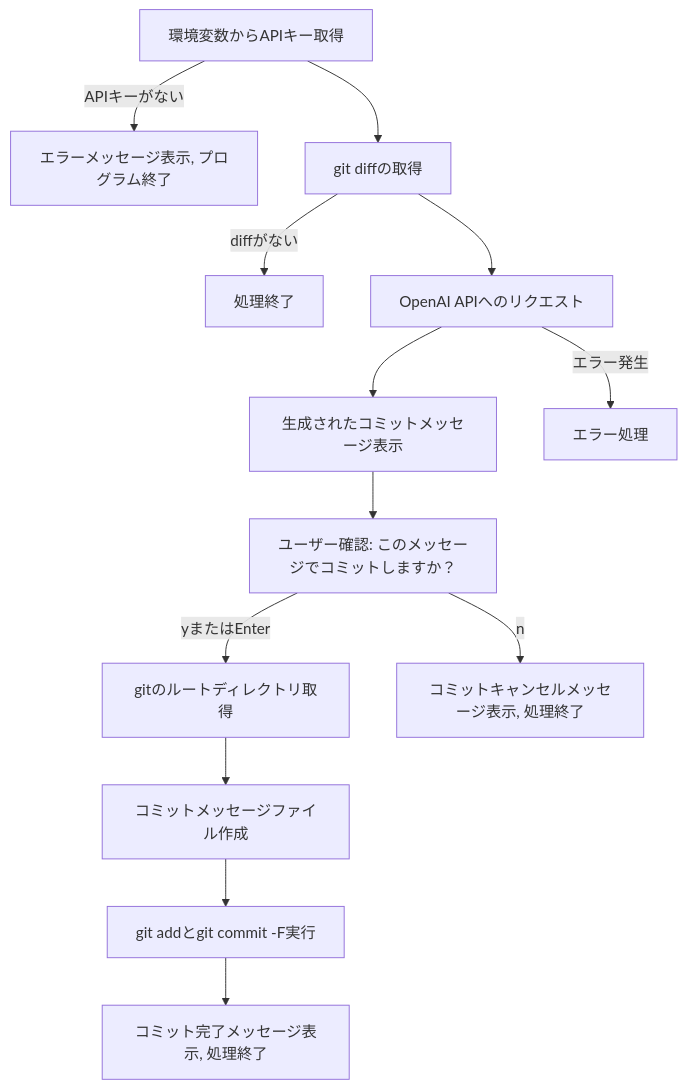
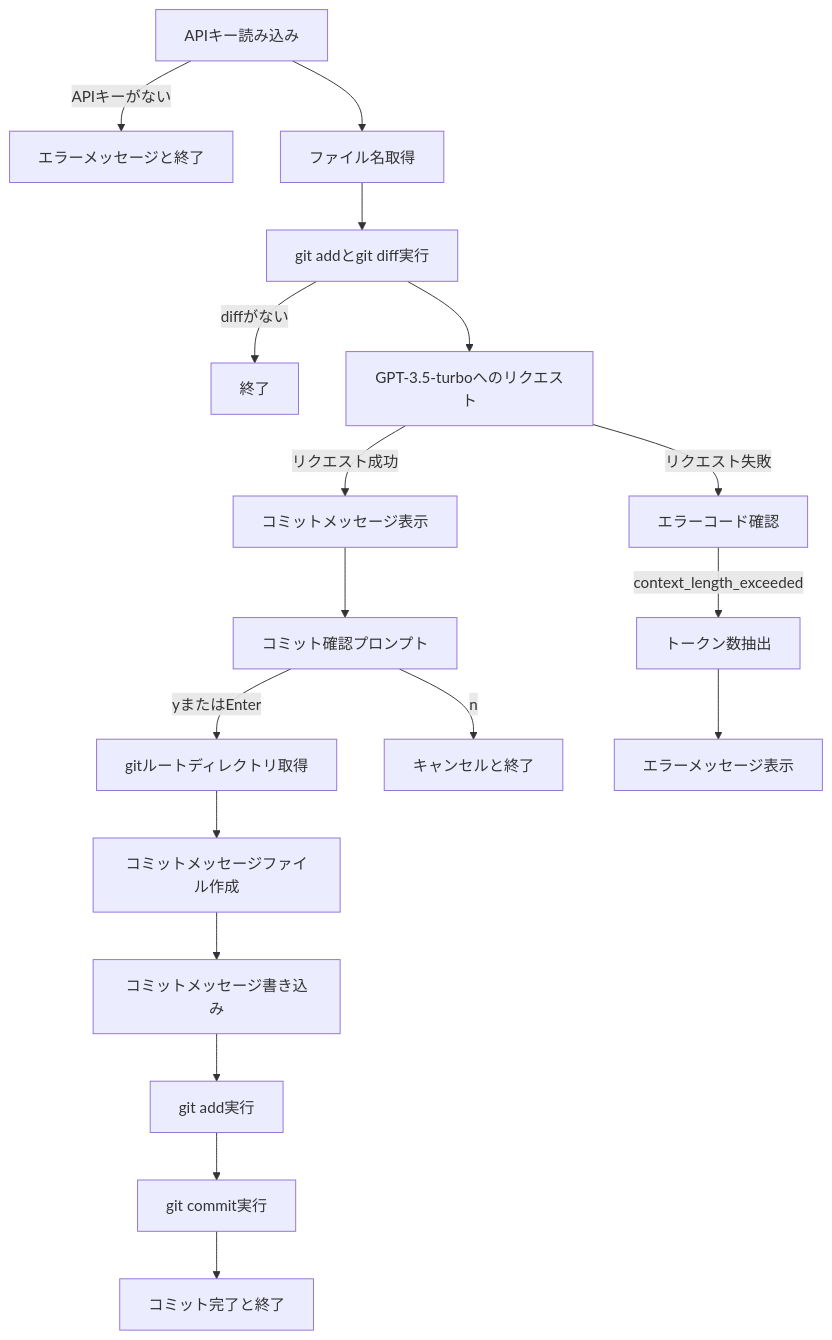
Before and after one commit to kou72/ai-commit: the diagram in README.md, drawn with Mermaid. The commit also changed 1 other file, not shown here.

Commit message:
README.mdのフローチャートを修正し、prompt.jsの変更点を修正
README.md
- Aの処理をAPIキー読み込みに変更
- Cの処理をファイル名取得に変更
- Dの処理をgit addとgit diff実行に変更
- Eの処理を終了に変更
- Fの処理をGPT-3.5-turboへのリクエストに変更
- Gの処理をコミットメッセージ表示に変更
- Hの処理をコミット確認プロンプトに変更
- I1の処理をgitルートディレクトリ取得に変更
- I2の処理をコミットメッセージファイル作成に変更
- I3の処理をコミットメッセージ書き込みに変更
- I4の処理をgit add実行に変更
- I5の処理をgit commit実行に変更
- Jの処理をキャンセルと終了に変更
- Kの処理をエラーコード確認に変更
- Lの処理をトークン数抽出に変更
- Mの処理をエラーメッセージ表示に変更

prompt.js
- 変更ファイルを変更ファイル名に修正
- 解析された変更ファイルを解析された変更ファイル名に修正

````diff
--- a/README.md
+++ b/README.md
@@ -128,15 +128,20 @@
 ```mermaid
 graph TD
-  A[環境変数からAPIキー取得] -->|APIキーがない| B[エラーメッセージ表示, プログラム終了]
-  A --> C[git diffの取得]
-  C -->|diffがない| D[処理終了]
-  C --> E[OpenAI APIへのリクエスト]
-  E --> F[生成されたコミットメッセージ表示]
-  F --> G[ユーザー確認: このメッセージでコミットしますか？]
-  G -->|yまたはEnter| H[gitのルートディレクトリ取得]
-  H --> I[コミットメッセージファイル作成]
-  I --> J[git addとgit commit -F実行]
-  J --> K[コミット完了メッセージ表示, 処理終了]
-  G -->|n| L[コミットキャンセルメッセージ表示, 処理終了]
-  E -->|エラー発生| M[エラー処理]
+A[APIキー読み込み] -->|APIキーがない| B[エラーメッセージと終了]
+A --> C[ファイル名取得]
+C --> D[git addとgit diff実行]
+D -->|diffがない| E[終了]
+D --> F[GPT-3.5-turboへのリクエスト]
+F -->|リクエスト成功| G[コミットメッセージ表示]
+G --> H[コミット確認プロンプト]
+H -->|yまたはEnter| I1[gitルートディレクトリ取得]
+I1 --> I2[コミットメッセージファイル作成]
+I2 --> I3[コミットメッセージ書き込み]
+I3 --> I4[git add実行]
+I4 --> I5[git commit実行]
+I5 --> I[コミット完了と終了]
+H -->|n| J[キャンセルと終了]
+F -->|リクエスト失敗| K[エラーコード確認]
+K -->|context_length_exceeded| L[トークン数抽出]
+L --> M[エラーメッセージ表示]
 ```
````
